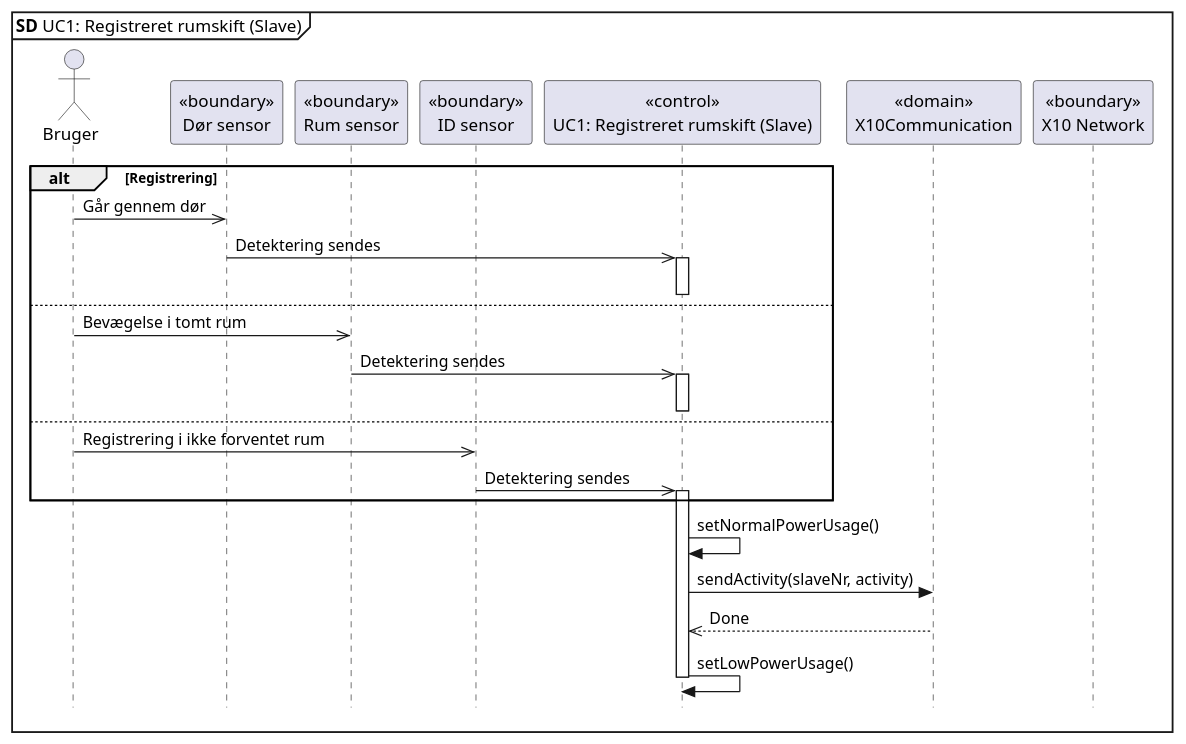
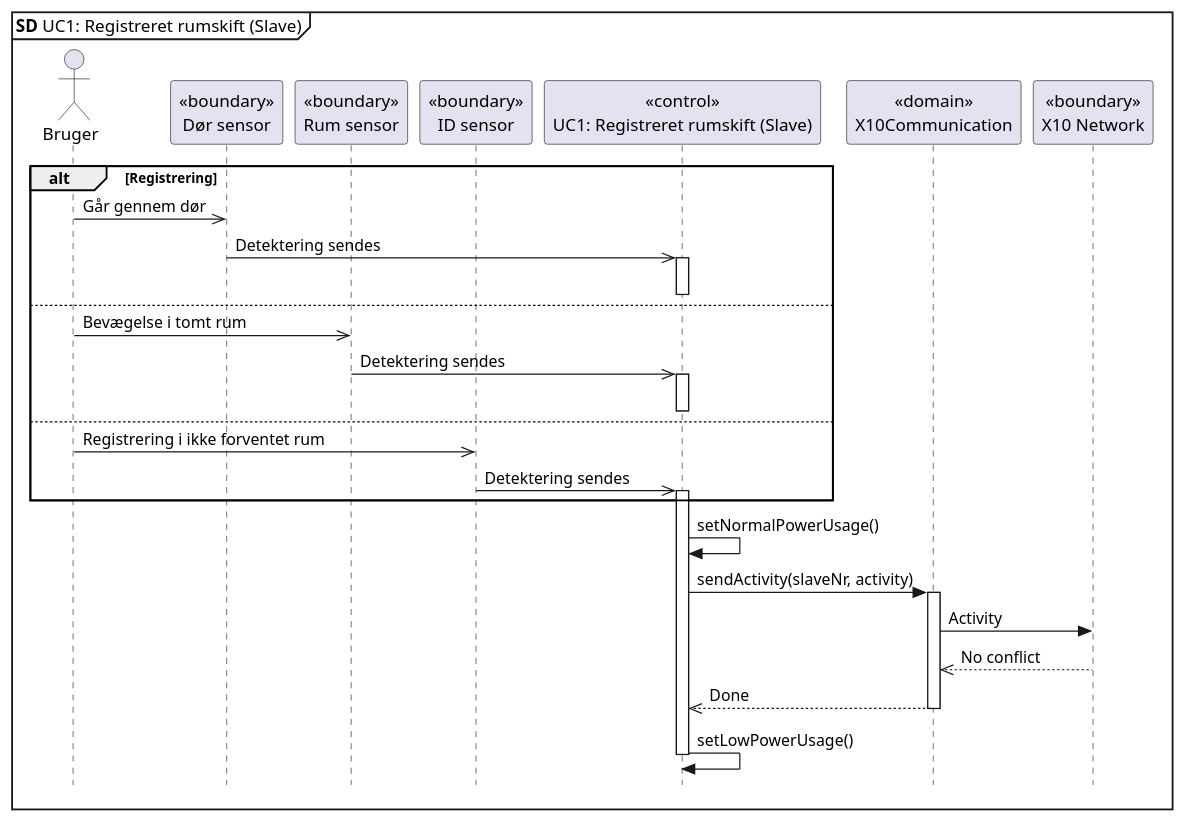
Before and after one commit to Tukkel/Projekt_2: the diagram in SysML/Software Arkitektur-Design/UC1 AM/UC1 SD Slave.puml, drawn with PlantUML. The commit also changed 1 other file, not shown here.

```diff
--- a/SysML/Software Arkitektur-Design/UC1 AM/UC1 SD Slave.puml
+++ b/SysML/Software Arkitektur-Design/UC1 AM/UC1 SD Slave.puml
@@ -1,34 +1,38 @@
 @startuml UC1 SD Slave
 skinparam style strictuml
 
 mainframe **SD** UC1: Registreret rumskift (Slave)
 
 actor Bruger as bruger
 participant "<<boundary>>\nDør sensor" as dør
 participant "<<boundary>>\nRum sensor" as rum
 participant "<<boundary>>\nID sensor" as ID
 participant "<<control>>\nUC1: Registreret rumskift (Slave)" as slave
 participant "<<domain>>\nX10Communication" as X10
 participant "<<boundary>>\nX10 Network" as X10Net
 
 alt Registrering
 bruger ->> dør : Går gennem dør
 dør ->> slave : Detektering sendes
 activate slave
 else
 deactivate slave
 bruger ->> rum : Bevægelse i tomt rum
 rum ->> slave : Detektering sendes
 activate slave
 else
 deactivate slave
 bruger ->> ID : Registrering i ikke forventet rum
 ID ->> slave : Detektering sendes
 activate slave
 end
 slave -> slave : setNormalPowerUsage()
 slave -> X10 : sendActivity(slaveNr, activity)
+activate X10
+X10 -> X10Net : Activity
+X10 <<-- X10Net : No conflict
 slave <<-- X10 : Done
+deactivate X10
 slave -> slave : setLowPowerUsage()
 deactivate slave
 @enduml
```
